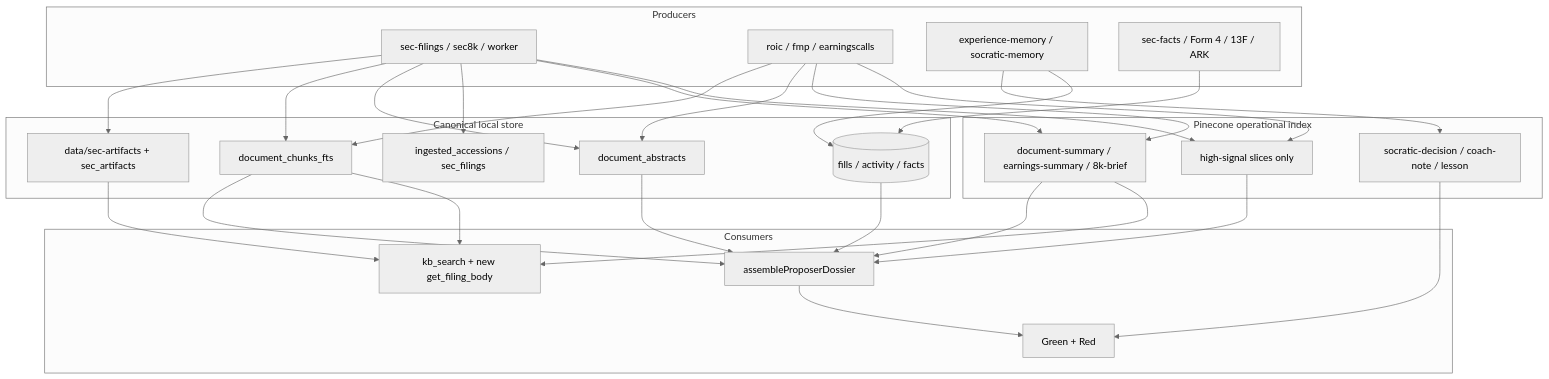
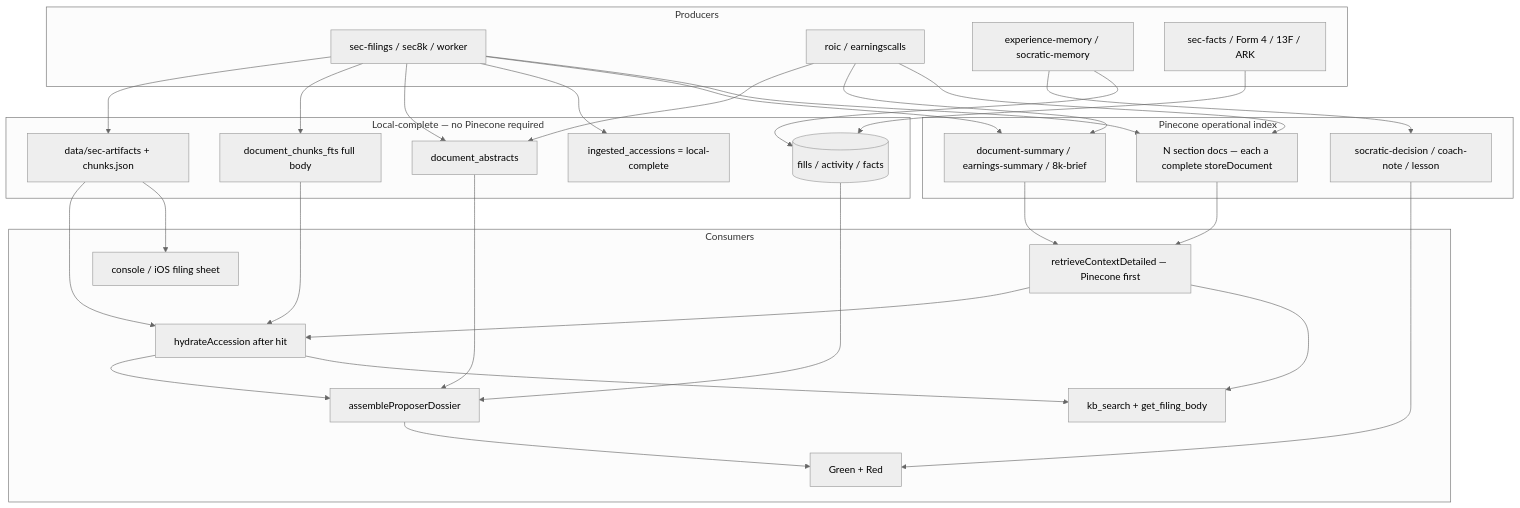
One commit to jaywedgeworth22/Socratic.Trade changed the second of 3 diagrams in docs/designs/2026-08-16-proposer-corpus-storage.md. Above: the diagram before and after it, drawn with Mermaid (neutral theme). The commit also changed other lines of this file, not shown here.

````diff
--- a/docs/designs/2026-08-16-proposer-corpus-storage.md
+++ b/docs/designs/2026-08-16-proposer-corpus-storage.md
@@ -119,53 +142,58 @@
 ```mermaid
 flowchart TB
   subgraph producers [Producers]
     SEC[sec-filings / sec8k / worker]
-    TX[roic / fmp / earningscalls]
+    TX[roic / earningscalls]
     MEM[experience-memory / socratic-memory]
     FACTS[sec-facts / Form 4 / 13F / ARK]
   end
 
-  subgraph canonical [Canonical local store]
-    ART[data/sec-artifacts + sec_artifacts]
-    FTS[document_chunks_fts]
+  subgraph local [Local-complete — no Pinecone required]
+    ART[data/sec-artifacts + chunks.json]
+    FTS[document_chunks_fts full body]
     ABS[document_abstracts]
-    LEDGER[ingested_accessions / sec_filings]
+    LEDGER["ingested_accessions = local-complete"]
     SQL[(fills / activity / facts)]
   end
 
   subgraph pinecone [Pinecone operational index]
     SUM[document-summary / earnings-summary / 8k-brief]
-    SIG[high-signal slices only]
+    SIG[N section docs — each a complete storeDocument]
     EPI[socratic-decision / coach-note / lesson]
   end
 
   subgraph consume [Consumers]
+    RCD[retrieveContextDetailed — Pinecone first]
+    HYD[hydrateAccession after hit]
     DOSSIER[assembleProposerDossier]
     GREEN[Green + Red]
-    CHAT[kb_search + new get_filing_body]
+    CHAT[kb_search + get_filing_body]
+    UI[console / iOS filing sheet]
   end
 
   SEC --> ART
   SEC --> FTS
   SEC --> ABS
   SEC --> LEDGER
   SEC --> SUM
   SEC --> SIG
-  TX --> FTS
   TX --> ABS
   TX --> SUM
   TX --> SIG
   MEM --> EPI
   MEM --> SQL
   FACTS --> SQL
   ABS --> DOSSIER
-  SUM --> DOSSIER
-  SIG --> DOSSIER
-  FTS --> DOSSIER
+  RCD --> HYD
+  SUM --> RCD
+  SIG --> RCD
+  FTS --> HYD
+  ART --> HYD
+  HYD --> DOSSIER
   SQL --> DOSSIER
   EPI --> GREEN
   DOSSIER --> GREEN
-  FTS --> CHAT
-  ART --> CHAT
-  SUM --> CHAT
+  RCD --> CHAT
+  HYD --> CHAT
+  ART --> UI
 ```
````
